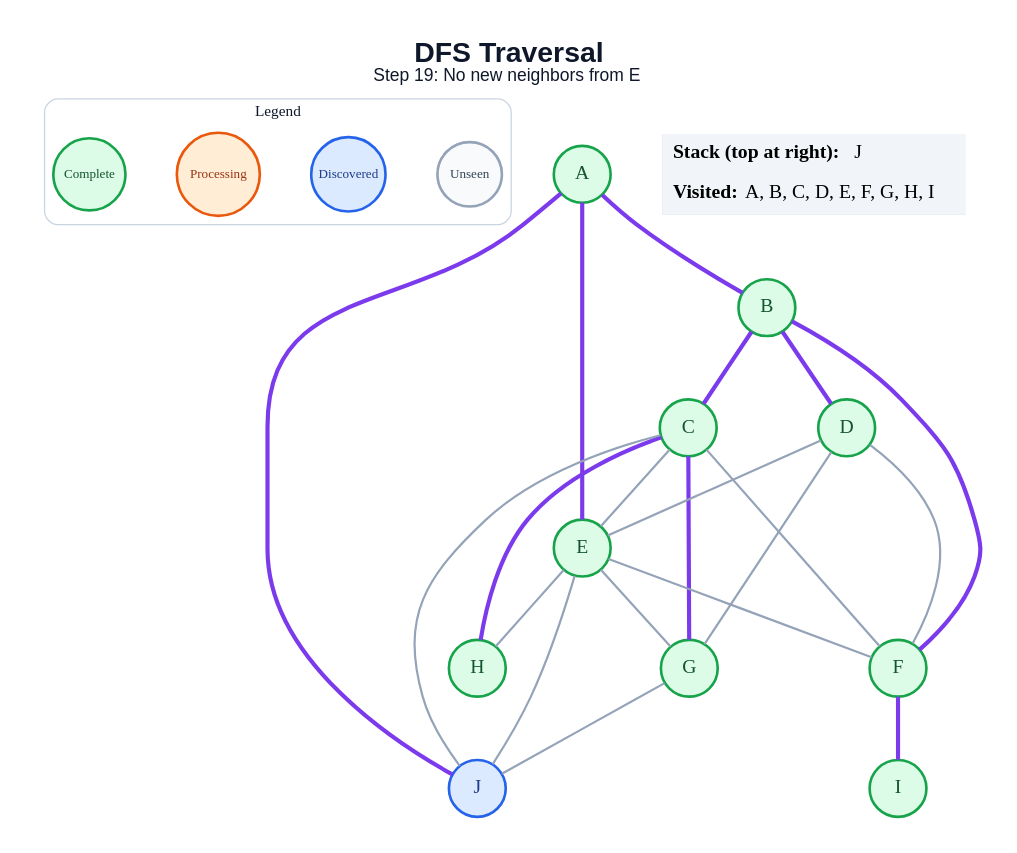
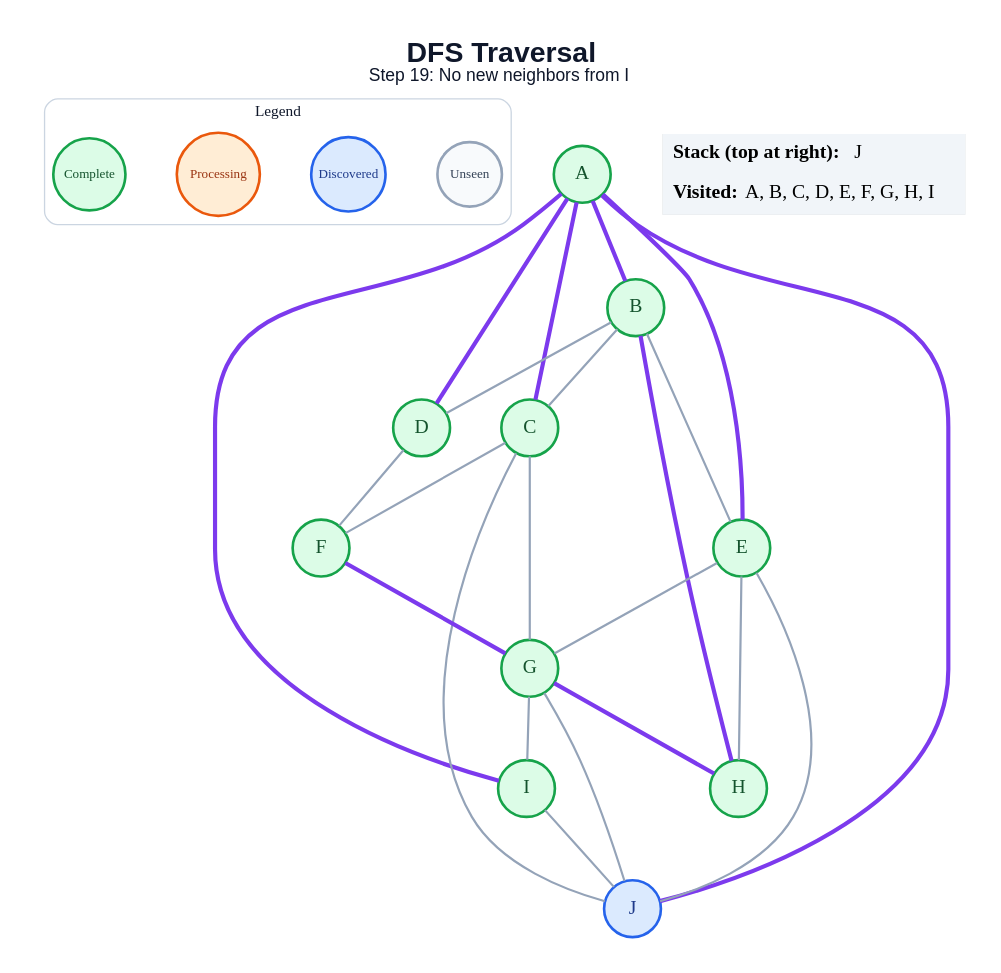
Before and after one commit to anon7238593-create/ai-slop: the diagram in generated/dfs/step_19.dot, drawn with Graphviz. The commit also changed 171 other files, not shown here.

```diff
--- a/generated/dfs/step_19.dot
+++ b/generated/dfs/step_19.dot
@@ -1,49 +1,51 @@
 graph traversal {
   graph [layout=dot, rankdir=TB, bgcolor="#FFFFFF", pad="0.35", nodesep="0.65", ranksep="0.8", fontname="Arial"];
   node [shape=circle, style="filled", fontname="Arial Bold", fontsize=18, width=0.72, fixedsize=true, penwidth=2.4];
   edge [color="#94A3B8", penwidth=2.0];
-  label=<<B>DFS Traversal</B><BR/><FONT POINT-SIZE="16">Step 19: No new neighbors from E</FONT>>; labelloc="t"; fontsize=26; fontname="Arial"; fontcolor="#0F172A";
+  label=<<B>DFS Traversal</B><BR/><FONT POINT-SIZE="16">Step 19: No new neighbors from I</FONT>>; labelloc="t"; fontsize=26; fontname="Arial"; fontcolor="#0F172A";
   subgraph cluster_legend { label="Legend"; color="#CBD5E1"; penwidth=1.2; style="rounded"; fontsize=14; fontname="Arial Bold";
     key_unseen [label="Unseen", fillcolor="#F8FAFC", color="#94A3B8", fontcolor="#334155", fontsize=12, width=0.82];
     key_frontier [label="Discovered", fillcolor="#DBEAFE", color="#2563EB", fontcolor="#1E3A8A", fontsize=12, width=0.95];
     key_current [label="Processing", fillcolor="#FFEDD5", color="#EA580C", fontcolor="#9A3412", fontsize=12, width=1.05];
     key_done [label="Complete", fillcolor="#DCFCE7", color="#16A34A", fontcolor="#14532D", fontsize=12, width=0.92];
     { rank=same; key_unseen; key_frontier; key_current; key_done; }
   }
   A [fillcolor="#DCFCE7", color="#16A34A", fontcolor="#14532D"];
   B [fillcolor="#DCFCE7", color="#16A34A", fontcolor="#14532D"];
   C [fillcolor="#DCFCE7", color="#16A34A", fontcolor="#14532D"];
   D [fillcolor="#DCFCE7", color="#16A34A", fontcolor="#14532D"];
   E [fillcolor="#DCFCE7", color="#16A34A", fontcolor="#14532D"];
   F [fillcolor="#DCFCE7", color="#16A34A", fontcolor="#14532D"];
   G [fillcolor="#DCFCE7", color="#16A34A", fontcolor="#14532D"];
   H [fillcolor="#DCFCE7", color="#16A34A", fontcolor="#14532D"];
   I [fillcolor="#DCFCE7", color="#16A34A", fontcolor="#14532D"];
   J [fillcolor="#DBEAFE", color="#2563EB", fontcolor="#1E3A8A"];
   A -- B [color="#7C3AED", penwidth=3.8];
+  A -- C [color="#7C3AED", penwidth=3.8];
+  A -- D [color="#7C3AED", penwidth=3.8];
   A -- E [color="#7C3AED", penwidth=3.8];
+  A -- I [color="#7C3AED", penwidth=3.8];
   A -- J [color="#7C3AED", penwidth=3.8];
-  B -- C [color="#7C3AED", penwidth=3.8];
-  B -- D [color="#7C3AED", penwidth=3.8];
-  B -- F [color="#7C3AED", penwidth=3.8];
-  C -- E;
+  B -- C;
+  B -- D;
+  B -- E;
+  B -- H [color="#7C3AED", penwidth=3.8];
   C -- F;
-  C -- G [color="#7C3AED", penwidth=3.8];
-  C -- H [color="#7C3AED", penwidth=3.8];
+  C -- G;
   C -- J;
-  D -- E;
   D -- F;
-  D -- G;
-  E -- F;
   E -- G;
   E -- H;
   E -- J;
-  F -- I [color="#7C3AED", penwidth=3.8];
+  F -- G [color="#7C3AED", penwidth=3.8];
+  G -- H [color="#7C3AED", penwidth=3.8];
+  G -- I;
   G -- J;
+  I -- J;
   status [shape=plain, fixedsize=false, width=0, height=0, margin=0, label=<
     <TABLE BORDER="0" CELLBORDER="0" CELLPADDING="7" BGCOLOR="#F1F5F9">
       <TR><TD ALIGN="LEFT"><B>Stack (top at right):</B> J</TD></TR>
       <TR><TD ALIGN="LEFT"><B>Visited:</B> A, B, C, D, E, F, G, H, I</TD></TR>
     </TABLE>
   >];
 }
```
